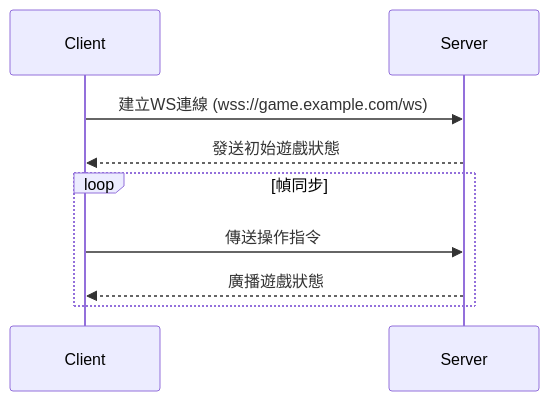
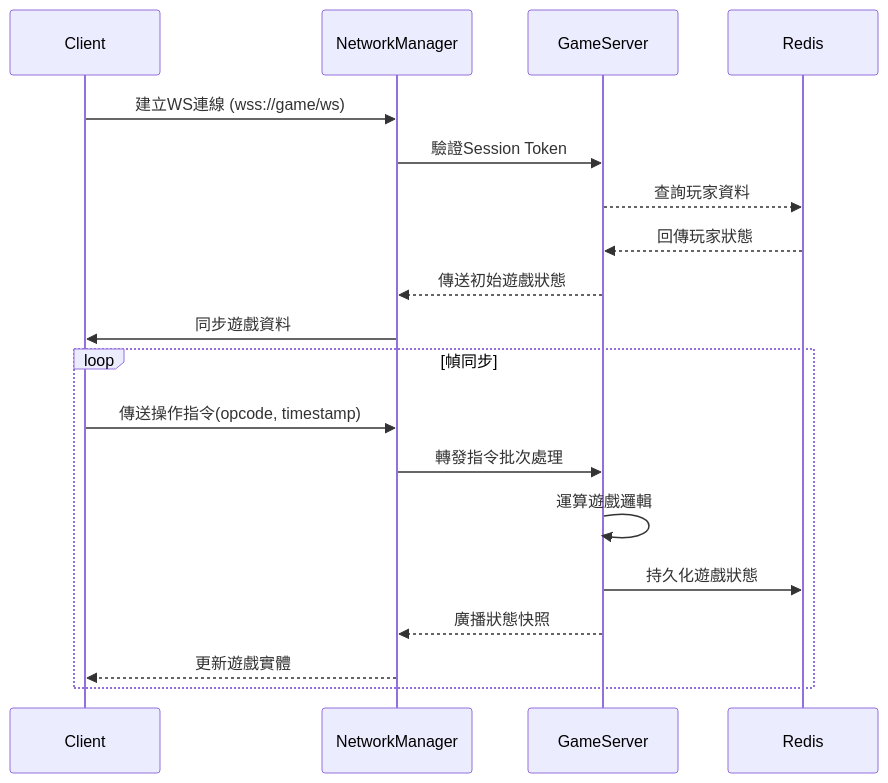
The third of 5 diagrams in spec.md (ainlee/Raiden), drawn with Mermaid before and after one commit. The commit also changed other lines of this file and 3684 other files, not shown here.

````diff
--- a/spec.md
+++ b/spec.md
@@ -39,9 +54,22 @@
-  ```mermaid
-  sequenceDiagram
-    Client->>Server: 建立WS連線 (wss://game.example.com/ws)
-    Server-->>Client: 發送初始遊戲狀態
+```mermaid
+sequenceDiagram
+    participant Client
+    participant NetworkManager
+    participant GameServer
+    participant Redis
+
+    Client->>NetworkManager: 建立WS連線 (wss://game/ws)
+    NetworkManager->>GameServer: 驗證Session Token
+    GameServer-->>Redis: 查詢玩家資料
+    Redis-->>GameServer: 回傳玩家狀態
+    GameServer-->>NetworkManager: 傳送初始遊戲狀態
+    NetworkManager->>Client: 同步遊戲資料
     loop 幀同步
-        Client->>Server: 傳送操作指令
-        Server-->>Client: 廣播遊戲狀態
+        Client->>NetworkManager: 傳送操作指令(opcode, timestamp)
+        NetworkManager->>GameServer: 轉發指令批次處理
+        GameServer->>GameServer: 運算遊戲邏輯
+        GameServer->>Redis: 持久化遊戲狀態
+        GameServer-->>NetworkManager: 廣播狀態快照
+        NetworkManager-->>Client: 更新遊戲實體
     end
-  ```
+```
````
